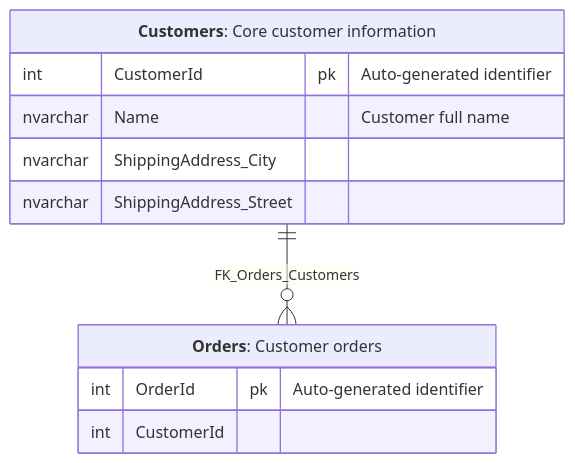
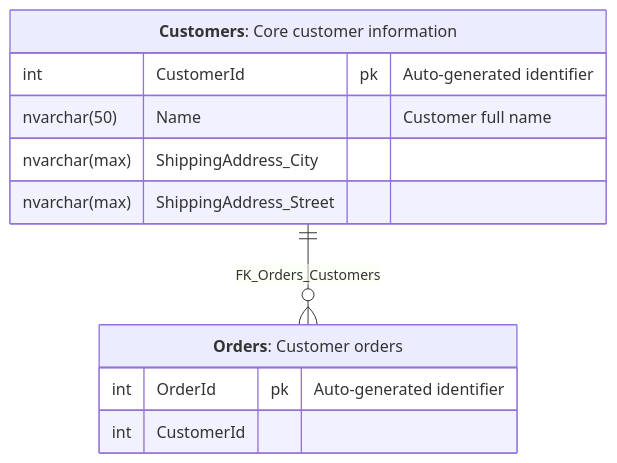
One commit to SimonCropp/DbToMermaid changed the diagram in src/EfToMermaid.Tests/Tests.WithComments.verified.md. Above: the diagram before and after it, drawn with Mermaid. The commit also changed 26 other files, not shown here.

````diff
--- a/src/EfToMermaid.Tests/Tests.WithComments.verified.md
+++ b/src/EfToMermaid.Tests/Tests.WithComments.verified.md
@@ -2,14 +2,14 @@
 ```mermaid
 erDiagram
   Customers["**Customers**: Core customer information"] {
     int CustomerId pk "Auto-generated identifier"
-    nvarchar Name "Customer full name"
-    nvarchar ShippingAddress_City
-    nvarchar ShippingAddress_Street
+    nvarchar(50) Name "Customer full name"
+    nvarchar(max) ShippingAddress_City
+    nvarchar(max) ShippingAddress_Street
   }
   Orders["**Orders**: Customer orders"] {
     int OrderId pk "Auto-generated identifier"
     int CustomerId
   }
   Customers ||--o{ Orders : "FK_Orders_Customers"
 ```
````
